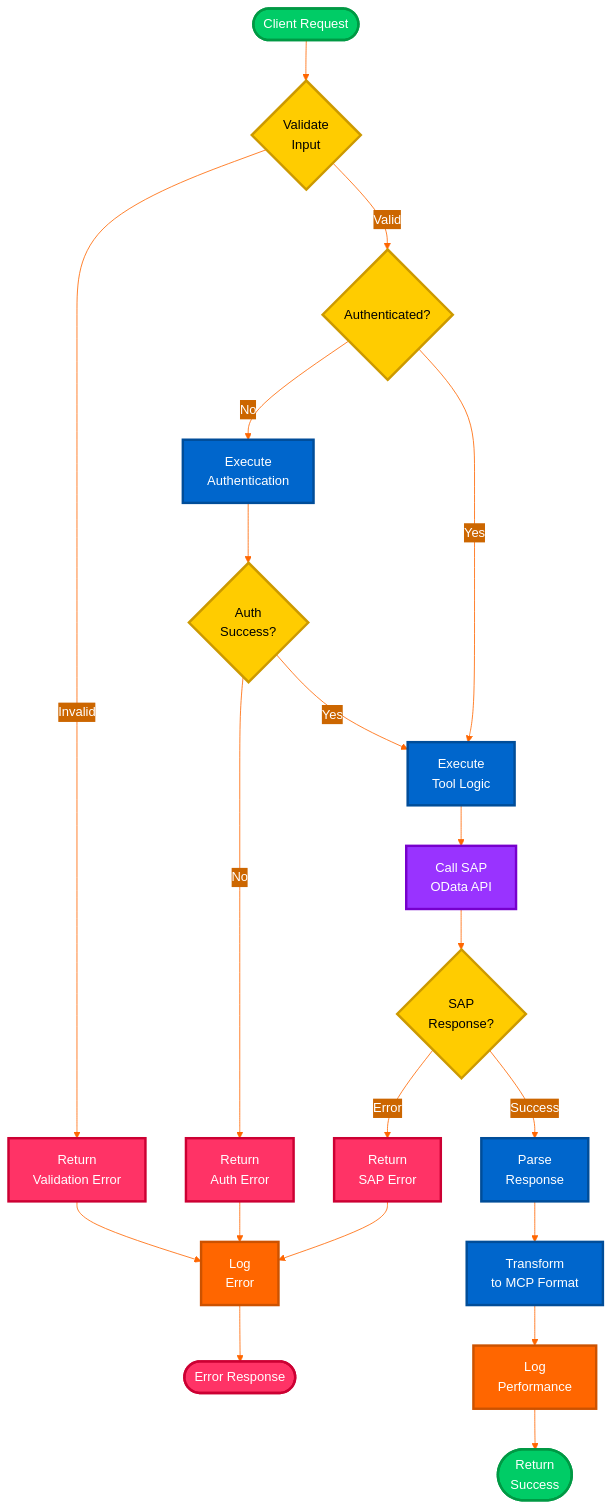
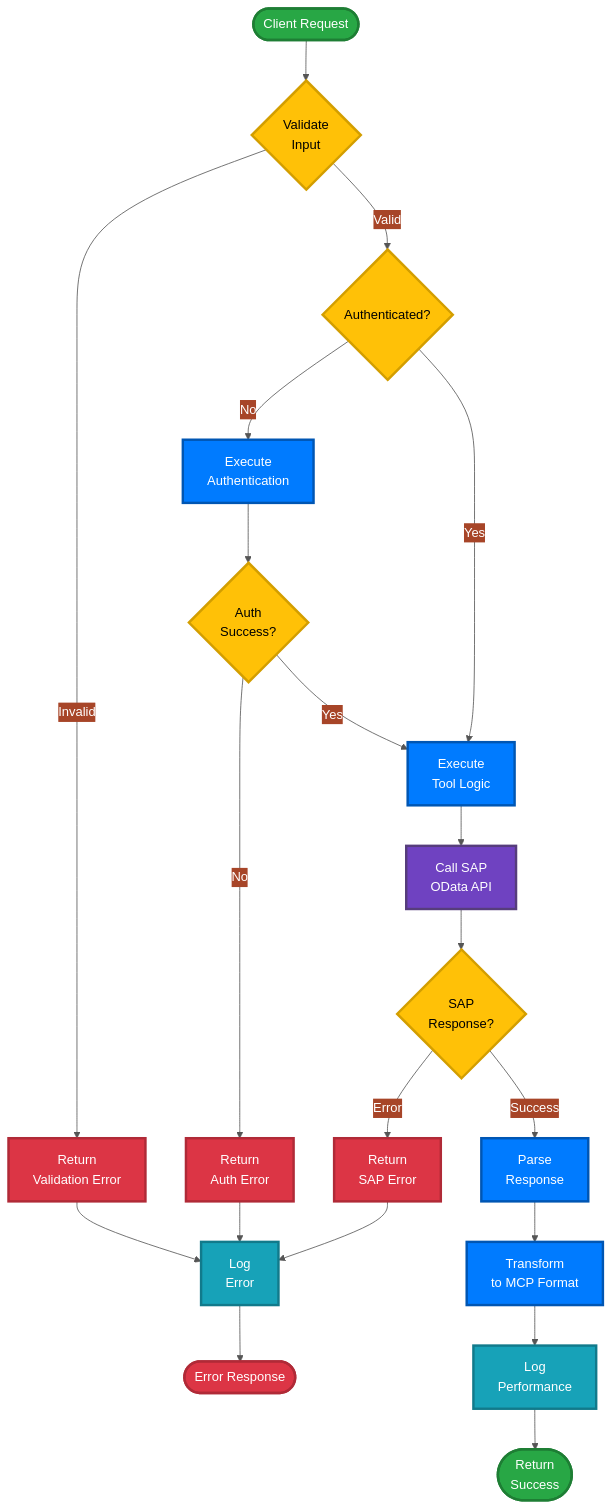
One commit to midasol/sap-mcp-server changed the fourth of 5 diagrams in README.md. Above: the diagram before and after it, drawn with Mermaid. The commit also changed other lines of this file and 1 other file, not shown here.

````diff
--- a/README.md
+++ b/README.md
@@ -220,37 +220,37 @@
 ```mermaid
-%%{init: {'theme':'base', 'themeVariables': { 'primaryColor':'#00cc66','primaryTextColor':'#ffffff','primaryBorderColor':'#009944','lineColor':'#ff6600'}}}%%
+%%{init: {'theme':'base', 'themeVariables': { 'primaryColor':'#28A745','primaryTextColor':'#FFFFFF','primaryBorderColor':'#1E7E34','lineColor':'#555555'}}}%%
 flowchart TD
     Start([Client Request]):::startNode --> Validate{Validate<br/>Input}:::decisionNode
 
     Validate -->|Invalid| Error1[Return<br/>Validation Error]:::errorNode
     Validate -->|Valid| Auth{Authenticated?}:::decisionNode
 
     Auth -->|No| DoAuth[Execute<br/>Authentication]:::processNode
     DoAuth --> AuthCheck{Auth<br/>Success?}:::decisionNode
     AuthCheck -->|No| Error2[Return<br/>Auth Error]:::errorNode
     AuthCheck -->|Yes| Execute
 
     Auth -->|Yes| Execute[Execute<br/>Tool Logic]:::processNode
 
     Execute --> SAPCall[Call SAP<br/>OData API]:::sapNode
     SAPCall --> SAPCheck{SAP<br/>Response?}:::decisionNode
 
     SAPCheck -->|Error| Error3[Return<br/>SAP Error]:::errorNode
     SAPCheck -->|Success| Parse[Parse<br/>Response]:::processNode
 
     Parse --> Transform[Transform<br/>to MCP Format]:::processNode
     Transform --> Log[Log<br/>Performance]:::logNode
     Log --> Success([Return<br/>Success]):::successNode
 
     Error1 & Error2 & Error3 --> LogError[Log<br/>Error]:::logNode
     LogError --> End([Error Response]):::endNode
 
-    classDef startNode fill:#00cc66,stroke:#009944,stroke-width:3px,color:#ffffff
-    classDef decisionNode fill:#ffcc00,stroke:#cc9900,stroke-width:3px,color:#000000
-    classDef processNode fill:#0066cc,stroke:#004d99,stroke-width:3px,color:#ffffff
-    classDef sapNode fill:#9933ff,stroke:#7700cc,stroke-width:3px,color:#ffffff
-    classDef errorNode fill:#ff3366,stroke:#cc0033,stroke-width:3px,color:#ffffff
-    classDef logNode fill:#ff6600,stroke:#cc5200,stroke-width:3px,color:#ffffff
-    classDef successNode fill:#00cc66,stroke:#009944,stroke-width:3px,color:#ffffff
-    classDef endNode fill:#ff3366,stroke:#cc0033,stroke-width:3px,color:#ffffff
+    classDef startNode fill:#28A745,stroke:#1E7E34,stroke-width:3px,color:#FFFFFF
+    classDef decisionNode fill:#FFC107,stroke:#D39E00,stroke-width:3px,color:#000000
+    classDef processNode fill:#007BFF,stroke:#0056B3,stroke-width:3px,color:#FFFFFF
+    classDef sapNode fill:#6F42C1,stroke:#563D7C,stroke-width:3px,color:#FFFFFF
+    classDef errorNode fill:#DC3545,stroke:#B02A37,stroke-width:3px,color:#FFFFFF
+    classDef logNode fill:#17A2B8,stroke:#117A8B,stroke-width:3px,color:#FFFFFF
+    classDef successNode fill:#28A745,stroke:#1E7E34,stroke-width:3px,color:#FFFFFF
+    classDef endNode fill:#DC3545,stroke:#B02A37,stroke-width:3px,color:#FFFFFF
 ```
````
